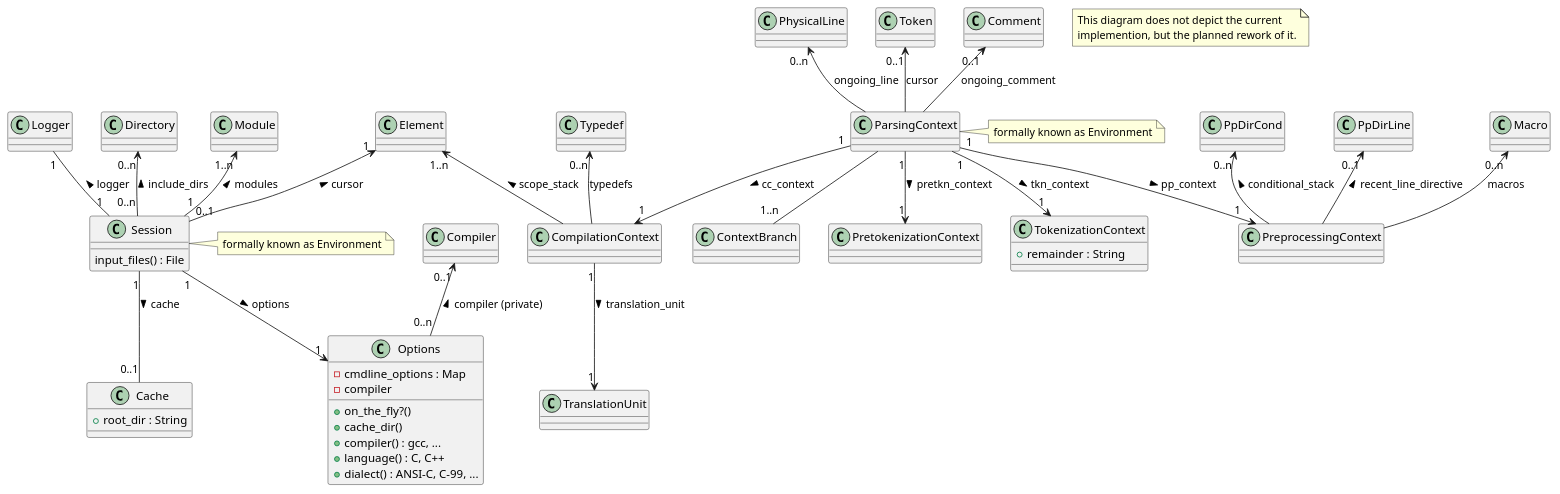
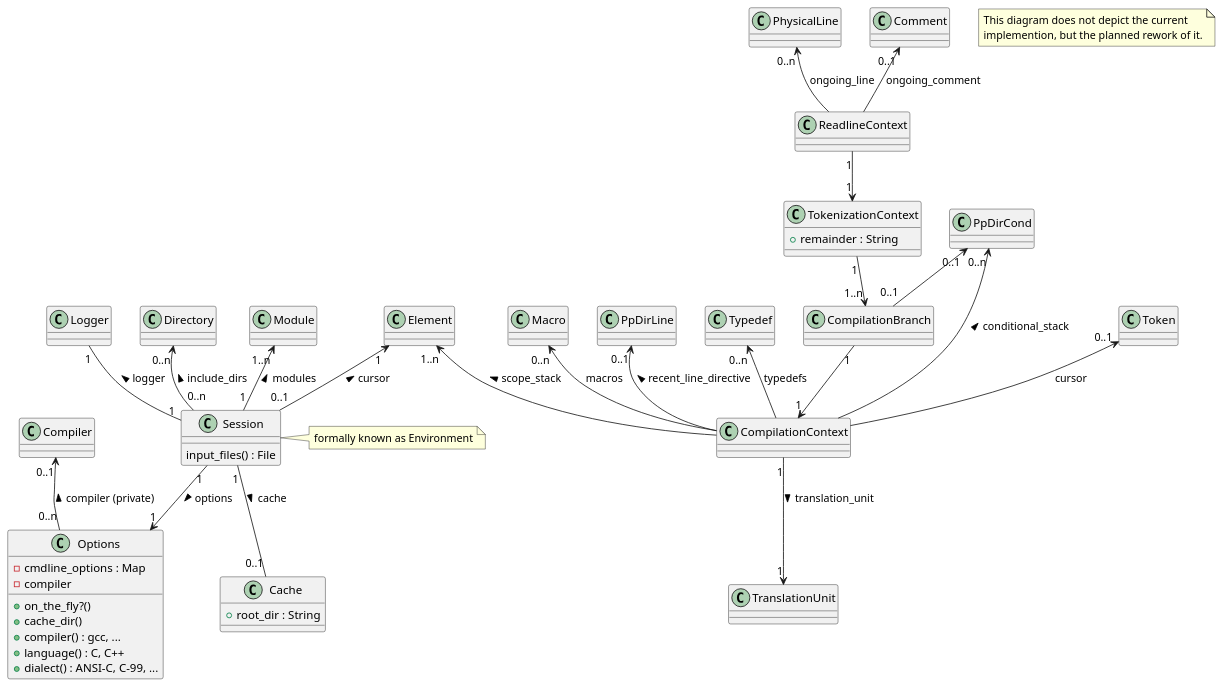
The diagram in design/operational.puml (thilo-fischer/rocc), drawn with PlantUML before and after one commit.

Commit message:
context design

```diff
--- a/design/operational.puml
+++ b/design/operational.puml
@@ -1,88 +1,84 @@
 @startuml
 
 ' Copyright (C) 2014-2015  Thilo Fischer.
 ' Free for non-commercial and most commercial use. See LICENSE.txt for details.
 
 note as N1
   This diagram does not depict the current
   implemention, but the planned rework of it.
 end note
 
 class Session {
   ' All the main_files of the translation units that make up the modules
   input_files() : File
 }
 note right: formally known as Environment
 Logger "1" -- "1" Session : logger <
 ' From the Elements UML diagram
 Element "1" <-- "0..1" Session : cursor <
 Directory "0..n" <-- "0..n" Session : include_dirs <
 Module "1..n" <-- "1" Session : modules <
 
 class Options {
   + on_the_fly?()
   ' path to the cache directory, Session will create its cache from this
   + cache_dir()
   ' emulate a certain compilers command line argument processing (and possibly other behaviour)
   + compiler() : gcc, ...
   + language() : C, C++
   + dialect() : ANSI-C, C-99, ...
   - cmdline_options : Map
   - compiler
 }
 Session "1" --> "1" Options : options >
 Compiler "0..1" <-- "0..n" Options : compiler (private) <
 
 class Cache {
   + root_dir : String
 }
 ' No cache only for on-the-fly invokations
 Session "1" -- "0..1" Cache : cache >
 
 
-
-class ParsingContext {
+class ReadlineContext {
 
 }
-note right: formally known as Environment
+PhysicalLine "0..n" <-- ReadlineContext : ongoing_line
+' Refers to a comment if the comment's beginning has already been parsed, but the comment's ending has not yet been found (e.g. block comments that span several lines)
+Comment "0..1" <-- ReadlineContext : ongoing_comment
 
-class ContextBranch {
+' FIXME necessary ?!
+class TokenizationContext {
+' remaining charactres of current line to tokenize
++ remainder : String
 }
-ParsingContext -- "1..n" ContextBranch
 
-class PretokenizationContext {
+ReadlineContext "1" --> "1" TokenizationContext
+class CompilationBranch {
+
 }
-ParsingContext "1" --> "1" PretokenizationContext : pretkn_context >
-PhysicalLine "0..n" <-- ParsingContext : ongoing_line
+TokenizationContext "1" --> "1..n" CompilationBranch
+PpDirCond "0..1" <-- "0..1" CompilationBranch
+class CompilationContext {
 
-class TokenizationContext {
-  ' remaining charactres of current line to tokenize
-  + remainder : String
 }
-ParsingContext "1" --> "1" TokenizationContext : tkn_context >
+CompilationBranch "1" --> "1" CompilationContext
+
 ' most recently generated token, shold be 0 only at the very beginning of translation unit
-Token "0..1" <-- ParsingContext : cursor
-' Refers to a comment if the comment's beginning has already been parsed, but the comment's ending has not yet been found (e.g. block comments that span several lines)
-Comment "0..1" <-- ParsingContext : ongoing_comment
+Token "0..1" <-- CompilationContext : cursor
 
-class PreprocessingContext {
-}
-ParsingContext "1" --> "1" PreprocessingContext : pp_context >
 ' map from macro identifiers to their definitions
-Macro "0..n" <-- PreprocessingContext : macros
+Macro "0..n" <-- CompilationContext : macros
 ' array of all preprocessing conditional branches chosen
-PpDirCond "0..n" <-- PreprocessingContext : conditional_stack <
+PpDirCond "0..n" <-- CompilationContext : conditional_stack <
 ' most recent preprocessor line directive
-PpDirLine "0..1" <-- PreprocessingContext : recent_line_directive <
+PpDirLine "0..1" <-- CompilationContext : recent_line_directive <
 
-class CompilationContext {
-}
-ParsingContext "1" --> "1" CompilationContext : cc_context >
 CompilationContext "1" --> "1" TranslationUnit : translation_unit >
 ' Which namespace, class, function, compound statement, etc. are we in at the current position in source code (formally known as expansion_stack)
 Element "1..n" <-- CompilationContext : scope_stack <
 ' map from type identifiers to their definitions
 Typedef "0..n" <-- CompilationContext : typedefs
 
 
 @enduml
```
